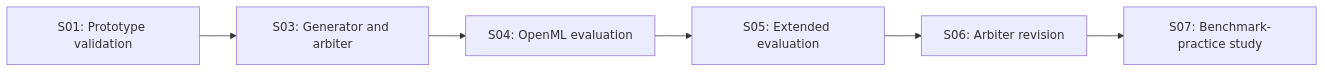
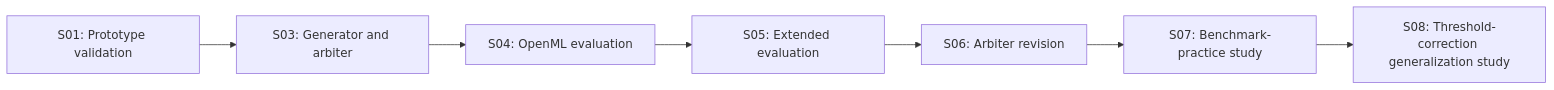
The third of 4 diagrams in README.md (mohammedqaidalathwary/neurocortex-srdf), drawn with Mermaid before and after one commit. The commit also changed other lines of this file, not shown here.

Commit message:
Update README with S08 study and DOI records

````diff
--- a/README.md
+++ b/README.md
@@ -151,8 +166,9 @@
 ```mermaid
 flowchart LR
     S1["S01: Prototype validation"] --> S3["S03: Generator and arbiter"]
     S3 --> S4["S04: OpenML evaluation"]
     S4 --> S5["S05: Extended evaluation"]
     S5 --> S6["S06: Arbiter revision"]
     S6 --> S7["S07: Benchmark-practice study"]
+    S7 --> S8["S08: Threshold-correction generalization study"]
 ```
````
